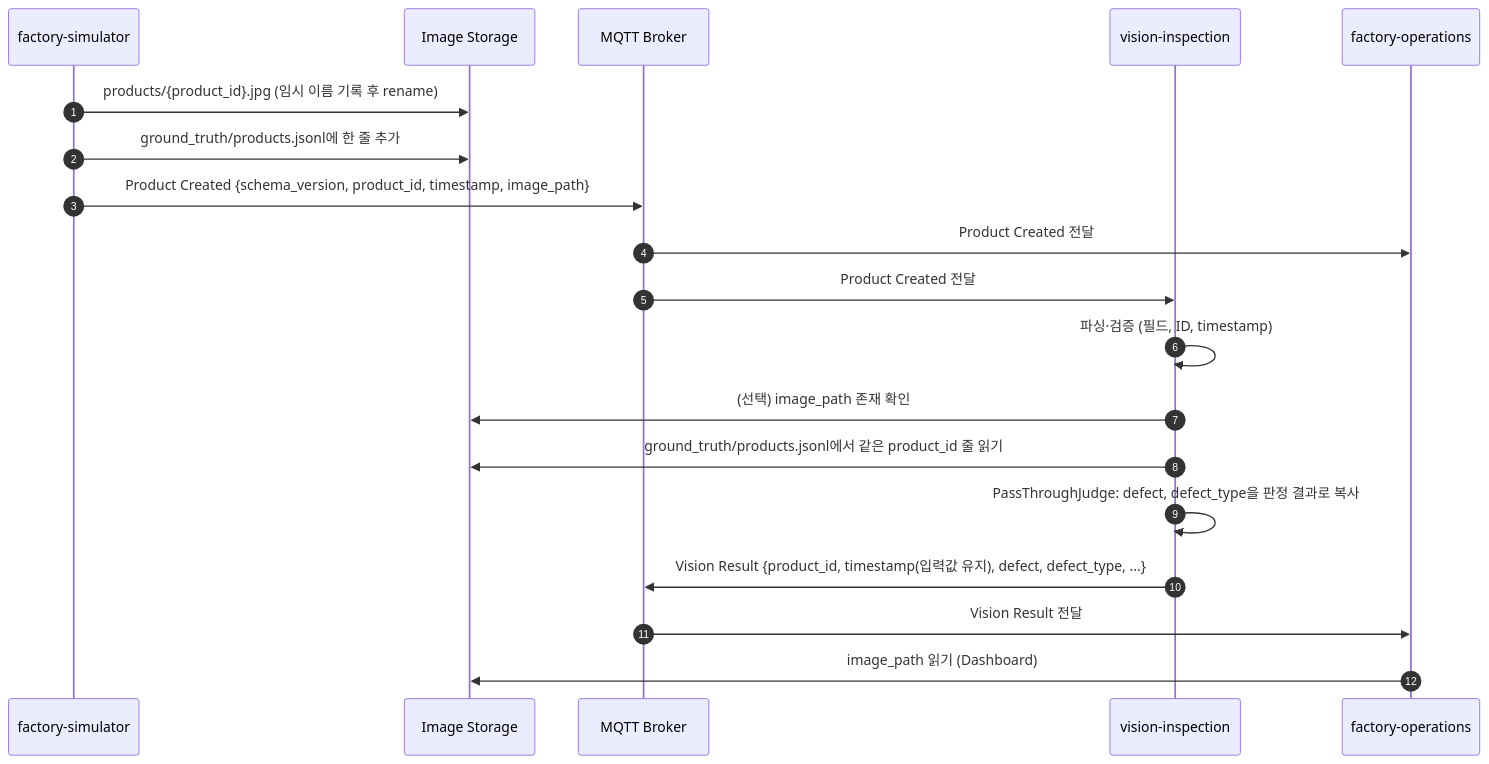
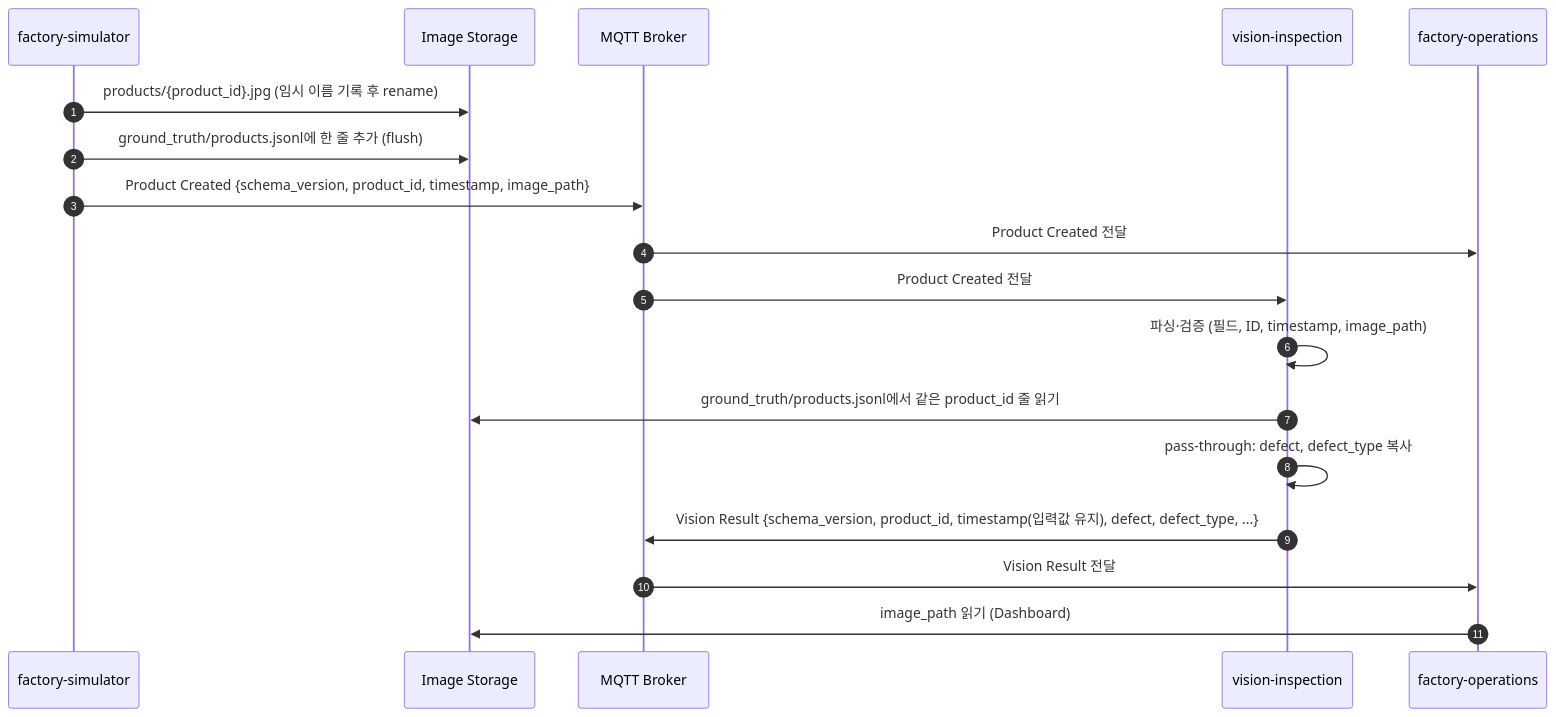
The third of 3 diagrams in docs/ARCHITECTURE.md (dltndn-personal-project/smart-factory-vision-inspection), drawn with Mermaid before and after one commit. The commit also changed other lines of this file and 1 other file, not shown here.

````diff
--- a/docs/ARCHITECTURE.md
+++ b/docs/ARCHITECTURE.md
@@ -185,22 +176,21 @@
 ```mermaid
 sequenceDiagram
     autonumber
     participant SIM as factory-simulator
     participant FS as Image Storage
     participant MQ as MQTT Broker
     participant V as vision-inspection
     participant OPS as factory-operations
 
     SIM->>FS: products/{product_id}.jpg (임시 이름 기록 후 rename)
-    SIM->>FS: ground_truth/products.jsonl에 한 줄 추가
+    SIM->>FS: ground_truth/products.jsonl에 한 줄 추가 (flush)
     SIM->>MQ: Product Created {schema_version, product_id, timestamp, image_path}
     MQ->>OPS: Product Created 전달
     MQ->>V: Product Created 전달
-    V->>V: 파싱·검증 (필드, ID, timestamp)
-    V->>FS: (선택) image_path 존재 확인
+    V->>V: 파싱·검증 (필드, ID, timestamp, image_path)
     V->>FS: ground_truth/products.jsonl에서 같은 product_id 줄 읽기
-    V->>V: PassThroughJudge: defect, defect_type을 판정 결과로 복사
-    V->>MQ: Vision Result {product_id, timestamp(입력값 유지), defect, defect_type, ...}
+    V->>V: pass-through: defect, defect_type 복사
+    V->>MQ: Vision Result {schema_version, product_id, timestamp(입력값 유지), defect, defect_type, ...}
     MQ->>OPS: Vision Result 전달
     OPS->>FS: image_path 읽기 (Dashboard)
 ```
````
